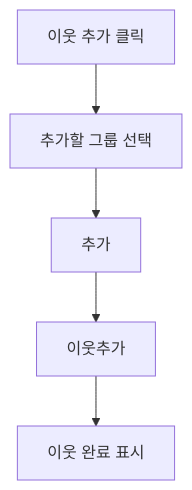
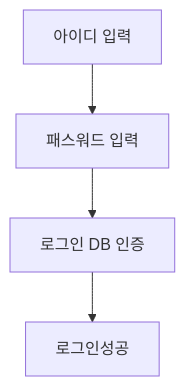
The first of 4 diagrams in login_기능정의서.md (95126m/OnboardingProject), drawn with Mermaid before and after one commit.

````diff
--- a/login_기능정의서.md
+++ b/login_기능정의서.md
@@ -26,4 +26,4 @@
     ```mermaid
     flowchart TD
-    A[이웃 추가 클릭]-->B[추가할 그룹 선택]-->c[추가]-->d[이웃추가]-->e[이웃 완료 표시]
+    A[아이디 입력]-->B[패스워드 입력]-->c[로그인 DB 인증]-->d[로그인성공]
     ```
````
